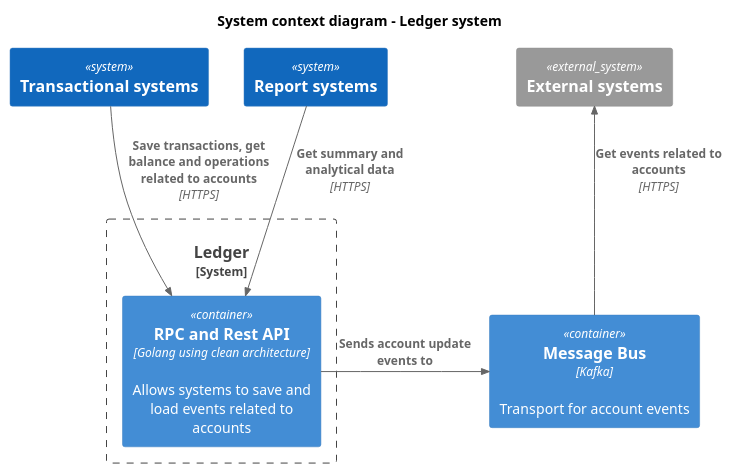
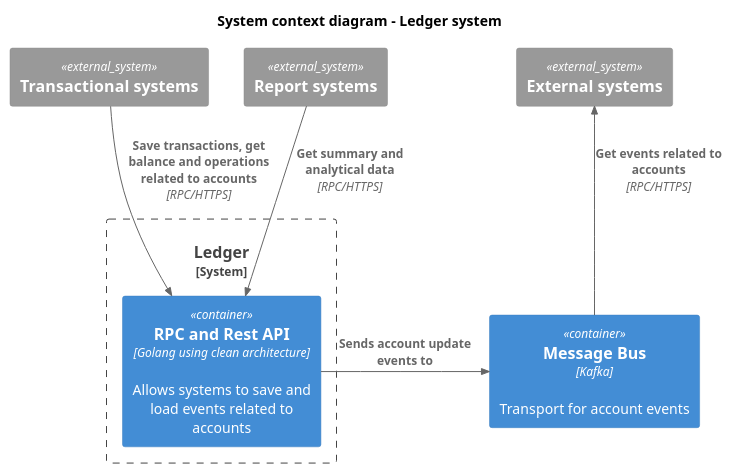
One commit to fernandodr19/the-amazing-ledger changed the diagram in docs/c4model/level_1_system_context_diagram.puml. Above: the diagram before and after it, drawn with PlantUML. The commit also changed 15 other files, not shown here.

Commit message:
docs: improvements in c4 diagrams

```diff
--- a/docs/c4model/level_1_system_context_diagram.puml
+++ b/docs/c4model/level_1_system_context_diagram.puml
@@ -1,24 +1,24 @@
 @startuml Basic Sample
 !includeurl https://raw.githubusercontent.com/RicardoNiepel/C4-PlantUML/release/1-0/C4_Container.puml
 
 ' LAYOUT_WITH_LEGEND()
 
 title System context diagram - Ledger system
 
-System(transactional_systems, "Transactional systems")
-System(report_systems, "Report systems")
+System_Ext(transactional_systems, "Transactional systems")
+System_Ext(report_systems, "Report systems")
 System_Ext(external_systems, "External systems")
 
 System_Boundary(ledger, "Ledger") {
     Container(ledger_api, "RPC and Rest API", "Golang using clean architecture", "Allows systems to save and load events related to accounts")
 }
 
 Container(message_bus, "Message Bus", "Kafka", "Transport for account events")
 
-Rel_Back(external_systems, message_bus, "Get events related to accounts", "HTTPS")
+Rel_Back(external_systems, message_bus, "Get events related to accounts", "RPC/HTTPS")
 
 Rel_R(ledger_api, message_bus, "Sends account update events to")
 
-Rel(transactional_systems, ledger_api, "Save transactions, get balance and operations related to accounts", "HTTPS")
-Rel(report_systems, ledger_api, "Get summary and analytical data", "HTTPS")
+Rel(transactional_systems, ledger_api, "Save transactions, get balance and operations related to accounts", "RPC/HTTPS")
+Rel(report_systems, ledger_api, "Get summary and analytical data", "RPC/HTTPS")
 @enduml
```
